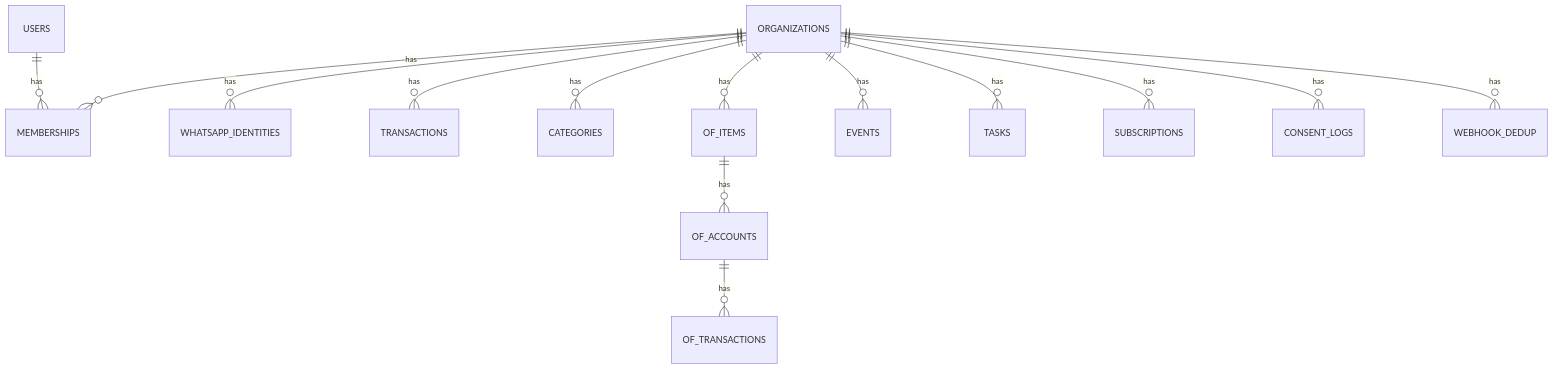
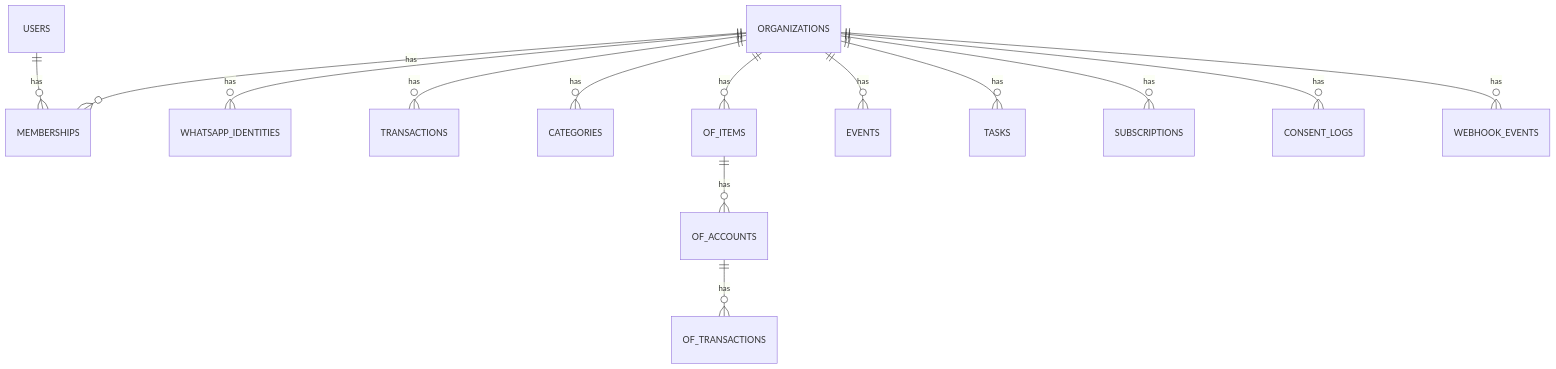
The fifth of 8 diagrams in docs/20-system-design.md (Kadu207/inova-hub), drawn with Mermaid before and after one commit. The commit also changed other lines of this file and 18 other files, not shown here.

````diff
--- a/docs/20-system-design.md
+++ b/docs/20-system-design.md
@@ -182,16 +223,16 @@
 ```mermaid
 erDiagram
   ORGANIZATIONS ||--o{ MEMBERSHIPS : has
   USERS ||--o{ MEMBERSHIPS : has
   ORGANIZATIONS ||--o{ WHATSAPP_IDENTITIES : has
   ORGANIZATIONS ||--o{ TRANSACTIONS : has
   ORGANIZATIONS ||--o{ CATEGORIES : has
   ORGANIZATIONS ||--o{ OF_ITEMS : has
   OF_ITEMS ||--o{ OF_ACCOUNTS : has
   OF_ACCOUNTS ||--o{ OF_TRANSACTIONS : has
   ORGANIZATIONS ||--o{ EVENTS : has
   ORGANIZATIONS ||--o{ TASKS : has
   ORGANIZATIONS ||--o{ SUBSCRIPTIONS : has
   ORGANIZATIONS ||--o{ CONSENT_LOGS : has
-  ORGANIZATIONS ||--o{ WEBHOOK_DEDUP : has
+  ORGANIZATIONS ||--o{ WEBHOOK_EVENTS : has
 ```
````
